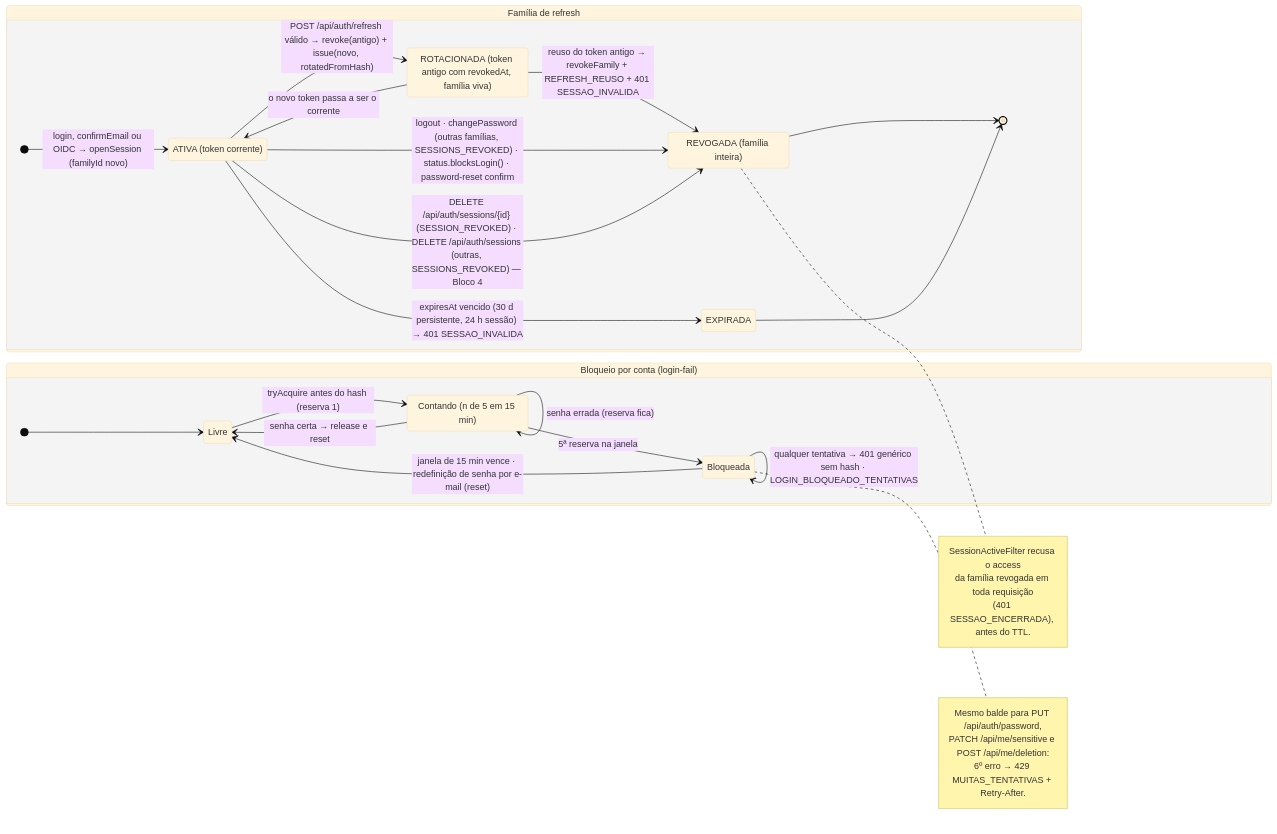
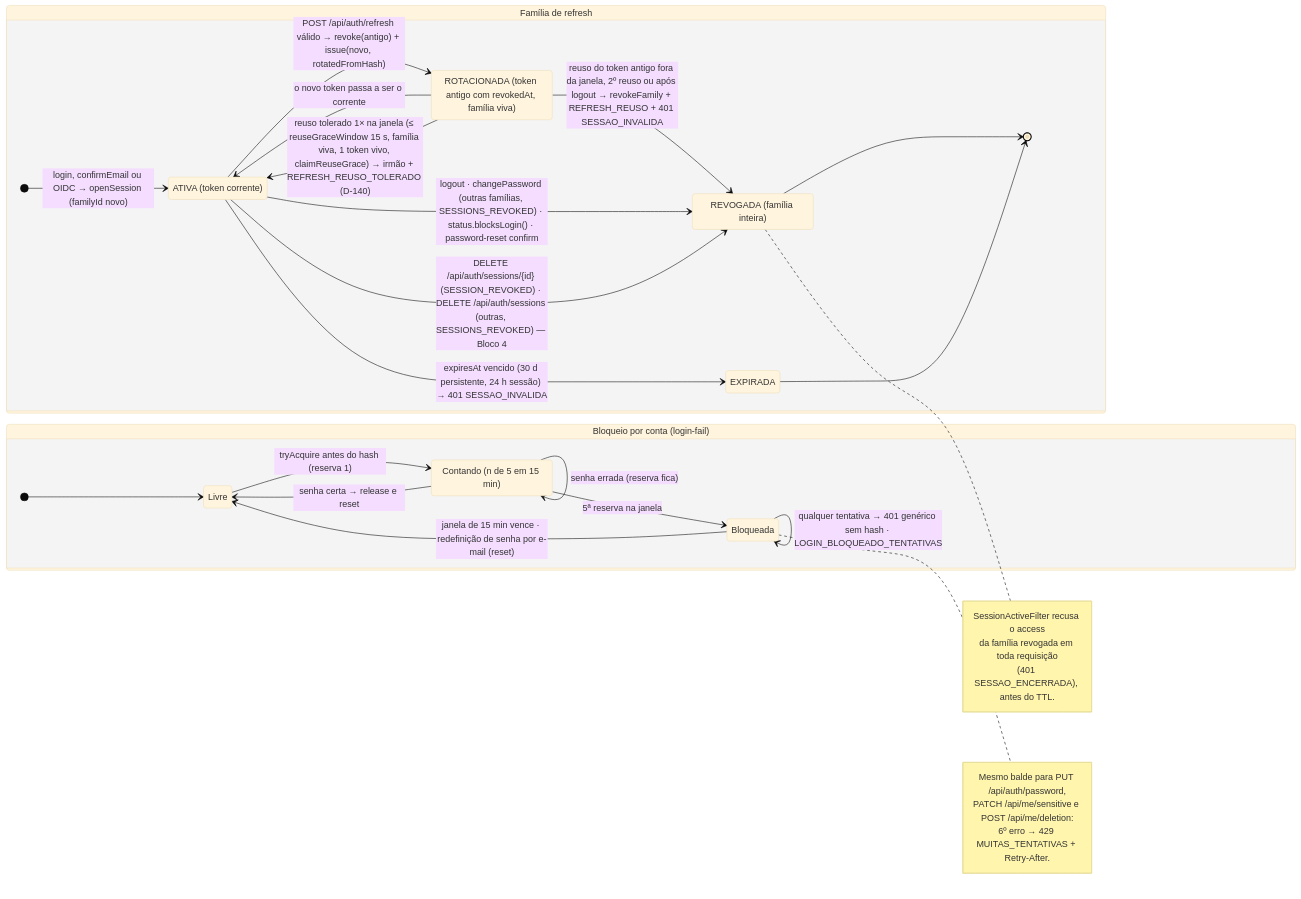
Before and after one commit to MatheusHaliski/Decia-app-2026: the fourth of 7 diagrams in docs/diagramas/RF2/README.md, drawn with Mermaid (base theme). The commit also changed other lines of this file and 6 other files, not shown here.

First line of the commit message:
docs(diagramas): RF2, RF6, RF14–RF17 com sessão e perfil reais

````diff
--- a/docs/diagramas/RF2/README.md
+++ b/docs/diagramas/RF2/README.md
@@ -457,41 +478,42 @@
 ```mermaid
 stateDiagram-v2
   direction LR
   state "Família de refresh" as FAM {
     state "ATIVA (token corrente)" as ATIVA
     state "ROTACIONADA (token antigo com revokedAt, família viva)" as ROT
     state "REVOGADA (família inteira)" as REV
     state "EXPIRADA" as EXP
     [*] --> ATIVA : login, confirmEmail ou OIDC → openSession (familyId novo)
     ATIVA --> ROT : POST /api/auth/refresh válido → revoke(antigo) + issue(novo, rotatedFromHash)
     ROT --> ATIVA : o novo token passa a ser o corrente
-    ROT --> REV : reuso do token antigo → revokeFamily + REFRESH_REUSO + 401 SESSAO_INVALIDA
+    ROT --> ATIVA : reuso tolerado 1× na janela (≤ reuseGraceWindow 15 s, família viva, 1 token vivo, claimReuseGrace) → irmão + REFRESH_REUSO_TOLERADO (D-140)
+    ROT --> REV : reuso do token antigo fora da janela, 2º reuso ou após logout → revokeFamily + REFRESH_REUSO + 401 SESSAO_INVALIDA
     ATIVA --> REV : logout · changePassword (outras famílias, SESSIONS_REVOKED) · status.blocksLogin() · password-reset confirm
     ATIVA --> REV : DELETE /api/auth/sessions/{id} (SESSION_REVOKED) · DELETE /api/auth/sessions (outras, SESSIONS_REVOKED) — Bloco 4
     ATIVA --> EXP : expiresAt vencido (30 d persistente, 24 h sessão) → 401 SESSAO_INVALIDA
     REV --> [*]
     EXP --> [*]
   }
   state "Bloqueio por conta (login-fail)" as LOCK {
     state "Livre" as LIVRE
     state "Contando (n de 5 em 15 min)" as CONT
     state "Bloqueada" as BLOQ
     [*] --> LIVRE
     LIVRE --> CONT : tryAcquire antes do hash (reserva 1)
     CONT --> LIVRE : senha certa → release e reset
     CONT --> CONT : senha errada (reserva fica)
     CONT --> BLOQ : 5ª reserva na janela
     BLOQ --> BLOQ : qualquer tentativa → 401 genérico sem hash · LOGIN_BLOQUEADO_TENTATIVAS
     BLOQ --> LIVRE : janela de 15 min vence · redefinição de senha por e-mail (reset)
   }
   note right of REV
     SessionActiveFilter recusa o access
     da família revogada em toda requisição
     (401 SESSAO_ENCERRADA), antes do TTL.
   end note
   note right of BLOQ
     Mesmo balde para PUT /api/auth/password,
     PATCH /api/me/sensitive e POST /api/me/deletion:
     6º erro → 429 MUITAS_TENTATIVAS + Retry-After.
   end note
 ```
````
